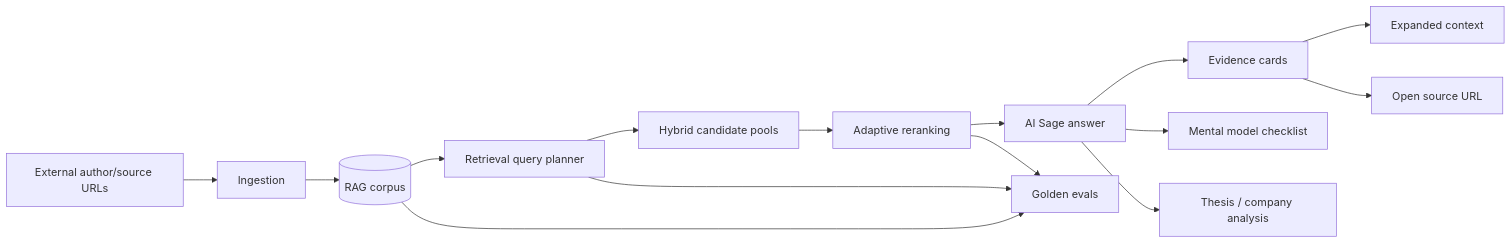
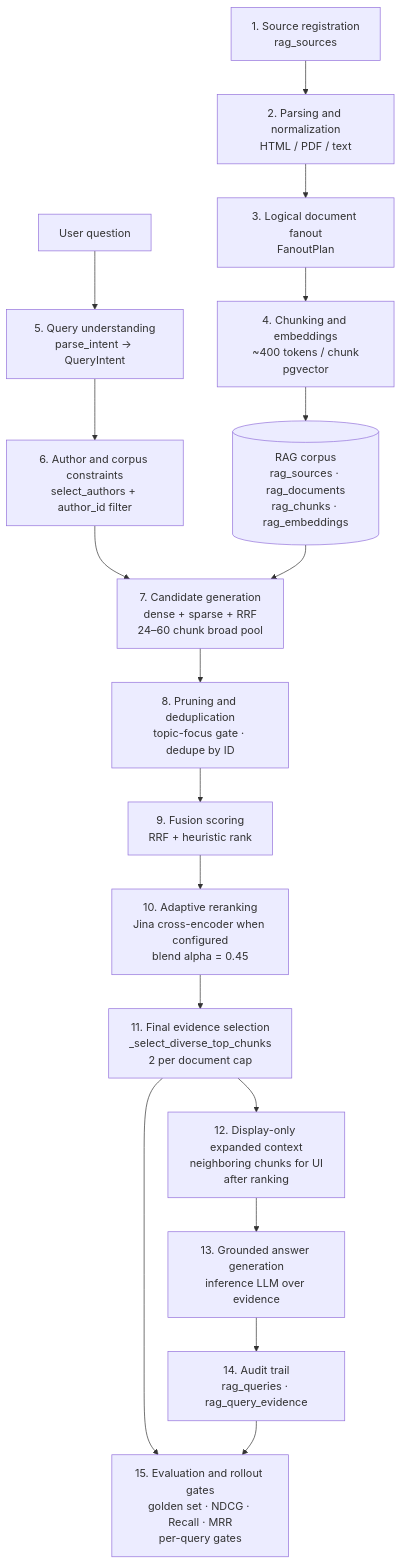
One commit to hiteshjoshi1/capitalOS_core changed the diagram in docs/RAG/ai-sage-product-architecture.md. Above: the diagram before and after it, drawn with Mermaid. The commit also changed other lines of this file and 10 other files, not shown here.

````diff
--- a/docs/RAG/ai-sage-product-architecture.md
+++ b/docs/RAG/ai-sage-product-architecture.md
@@ -45,17 +47,21 @@
 ```mermaid
-flowchart LR
-    A[External author/source URLs] --> B[Ingestion]
-    B --> C[(RAG corpus)]
-    C --> D[Retrieval query planner]
-    D --> E[Hybrid candidate pools]
-    E --> F[Adaptive reranking]
-    F --> G[AI Sage answer]
-    G --> H[Evidence cards]
-    G --> I[Mental model checklist]
-    G --> J[Thesis / company analysis]
-    H --> K[Expanded context]
-    H --> L[Open source URL]
-    C --> M[Golden evals]
-    D --> M
-    F --> M
+flowchart TD
+    A[1. Source registration\nrag_sources] --> B[2. Parsing and normalization\nHTML / PDF / text]
+    B --> C[3. Logical document fanout\nFanoutPlan]
+    C --> D[4. Chunking and embeddings\n~400 tokens / chunk\npgvector]
+    D --> E[(RAG corpus\nrag_sources · rag_documents\nrag_chunks · rag_embeddings)]
+
+    F[User question] --> G[5. Query understanding\nparse_intent → QueryIntent]
+    G --> H[6. Author and corpus constraints\nselect_authors + author_id filter]
+    H --> I[7. Candidate generation\ndense + sparse + RRF\n24–60 chunk broad pool]
+    I --> J[8. Pruning and deduplication\ntopic-focus gate · dedupe by ID]
+    J --> K[9. Fusion scoring\nRRF + heuristic rank]
+    K --> L[10. Adaptive reranking\nJina cross-encoder when configured\nblend alpha = 0.45]
+    L --> M[11. Final evidence selection\n_select_diverse_top_chunks\n2 per document cap]
+    M --> N[12. Display-only expanded context\nneighboring chunks for UI\nafter ranking]
+    N --> O[13. Grounded answer generation\ninference LLM over evidence]
+    O --> P[14. Audit trail\nrag_queries · rag_query_evidence]
+    E --> I
+    M --> Q[15. Evaluation and rollout gates\ngolden set · NDCG · Recall · MRR\nper-query gates]
+    P --> Q
 ```
````
